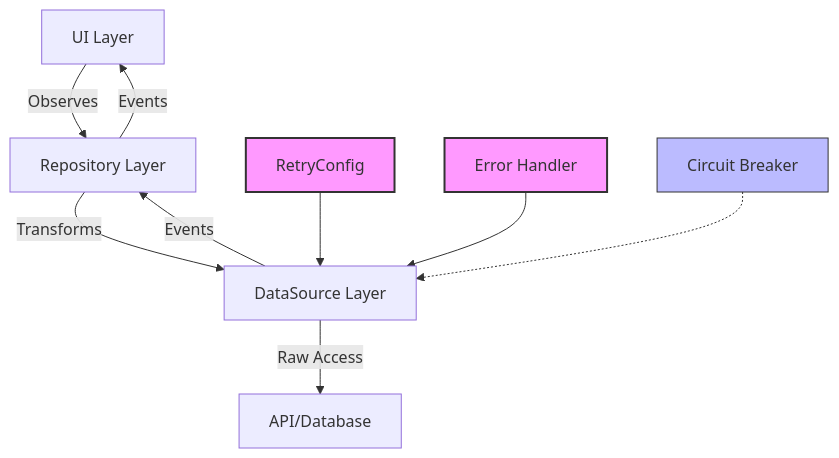
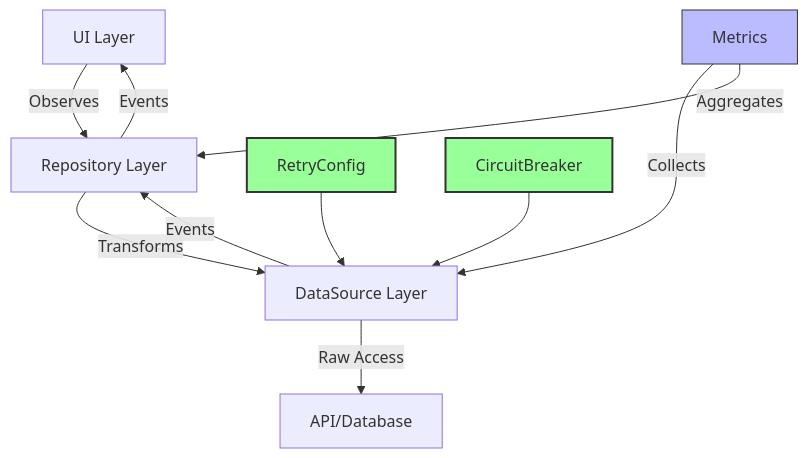
One commit to codevalley/ever changed the first of 5 diagrams in docs/guides/reactive-architecture.md. Above: the diagram before and after it, drawn with Mermaid. The commit also changed other lines of this file and 25 other files, not shown here.

````diff
--- a/docs/guides/reactive-architecture.md
+++ b/docs/guides/reactive-architecture.md
@@ -9,20 +9,23 @@
 ```mermaid
 graph TD
     UI[UI Layer] --> |Observes| R[Repository Layer]
     R --> |Transforms| DS[DataSource Layer]
     DS --> |Raw Access| API[API/Database]
     
     %% Event Flow
     DS --> |Events| R
     R --> |Events| UI
     
-    %% Additional Components
+    %% Resilience Patterns
     RC[RetryConfig] --> DS
-    EH[Error Handler] --> DS
-    CB[Circuit Breaker] -.-> DS
+    CB[CircuitBreaker] --> DS
     
-    classDef current fill:#f9f,stroke:#333,stroke-width:2px
+    %% Monitoring
+    M[Metrics] --> |Collects| DS
+    M --> |Aggregates| R
+    
+    classDef implemented fill:#9f9,stroke:#333,stroke-width:2px
     classDef planned fill:#bbf,stroke:#333,stroke-width:1px
-    class CB planned
-    class RC,EH current
+    class RC,CB implemented
+    class M planned
 ```
````
